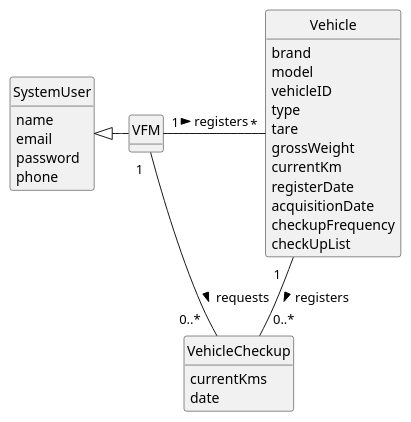
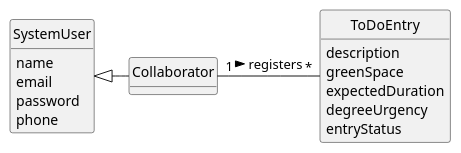
Before and after one commit to Departamento-de-Engenharia-Informatica/lei-24-s2-1do-g164: the diagram in docs/sprintC/us029/02.analysis/puml/us008-domain-model.puml, drawn with PlantUML.

Commit message:
Update us008-domain-model.puml
US029(docs):domain model changes

```diff
--- a/docs/sprintC/us029/02.analysis/puml/us008-domain-model.puml
+++ b/docs/sprintC/us029/02.analysis/puml/us008-domain-model.puml
@@ -1,52 +1,39 @@
 @startuml
 skinparam monochrome true
 skinparam packageStyle rectangle
 skinparam shadowing false
 
 
 
 skinparam classAttributeIconSize 0
 
 hide circle
 hide methods
 
 
 class SystemUser {
     name
     email
     password
     phone
 
 }
-class VFM {
+class Collaborator {
 
 }
 
-class VehicleCheckup {
-    currentKms
-    date
 
-}
-
-class Vehicle {
-
-
-        brand
-        model
-        vehicleID
-        type
-        tare
-        grossWeight
-        currentKm
-        registerDate
-        acquisitionDate
-        checkupFrequency
-        checkUpList
+class ToDoEntry{
+    description
+         greenSpace
+         expectedDuration
+         degreeUrgency
+         entryStatus
 }
 
 
-VFM "1" - "*" Vehicle : registers >
-Vehicle "1   " -- "0..*                        " VehicleCheckup : registers >
-VFM "           1 " - "0..*   " VehicleCheckup : requests >
-SystemUser <|- VFM
+
+Collaborator "1" - "*" ToDoEntry : registers >
+
+SystemUser <|- Collaborator
 @enduml
```
